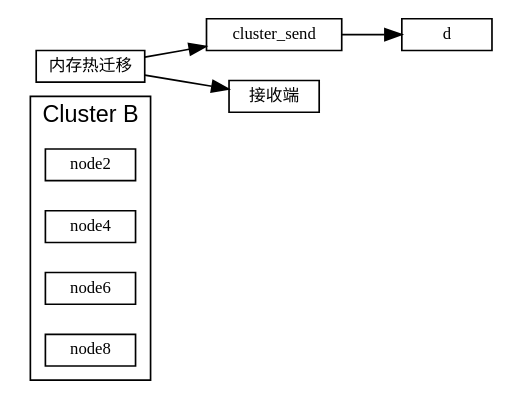
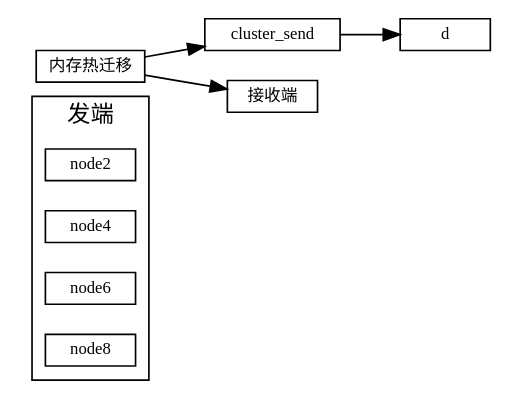
The diagram in 虚拟化/热迁移/1-内存热迁移.md (sisyphus1212/note), drawn with Graphviz before and after one commit.

Commit message:
auto_update

````diff
--- a/虚拟化/热迁移/1-内存热迁移.md
+++ b/虚拟化/热迁移/1-内存热迁移.md
@@ -11,21 +11,21 @@
 ```graphviz
 digraph 热迁移 {
 fontname="Helvetica,Arial,sans-serif"
 //node [fontname="Helvetica,Arial,sans-serif"]
 edge [fontname="Helvetica,Arial,sans-serif"]
 rankdir="LR"
 node [fontsize=10, shape=box, height=0.25]
 edge [fontsize=10]
 
   subgraph cluster_send {
-    label="Cluster B";
+    label="发端";
     node2; node4; node6; node8;
   }
 
 内存热迁移 [label="内存热迁移"]
 内存热迁移 -> cluster_send
            -> d
 
 内存热迁移 -> 接收端
 }
 ```
````
